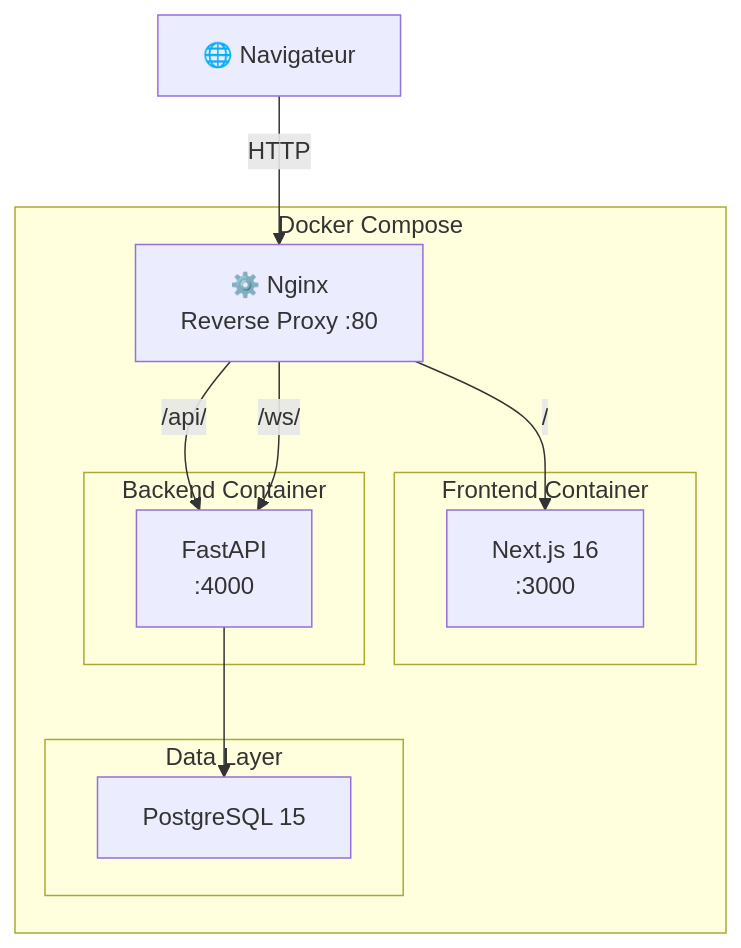
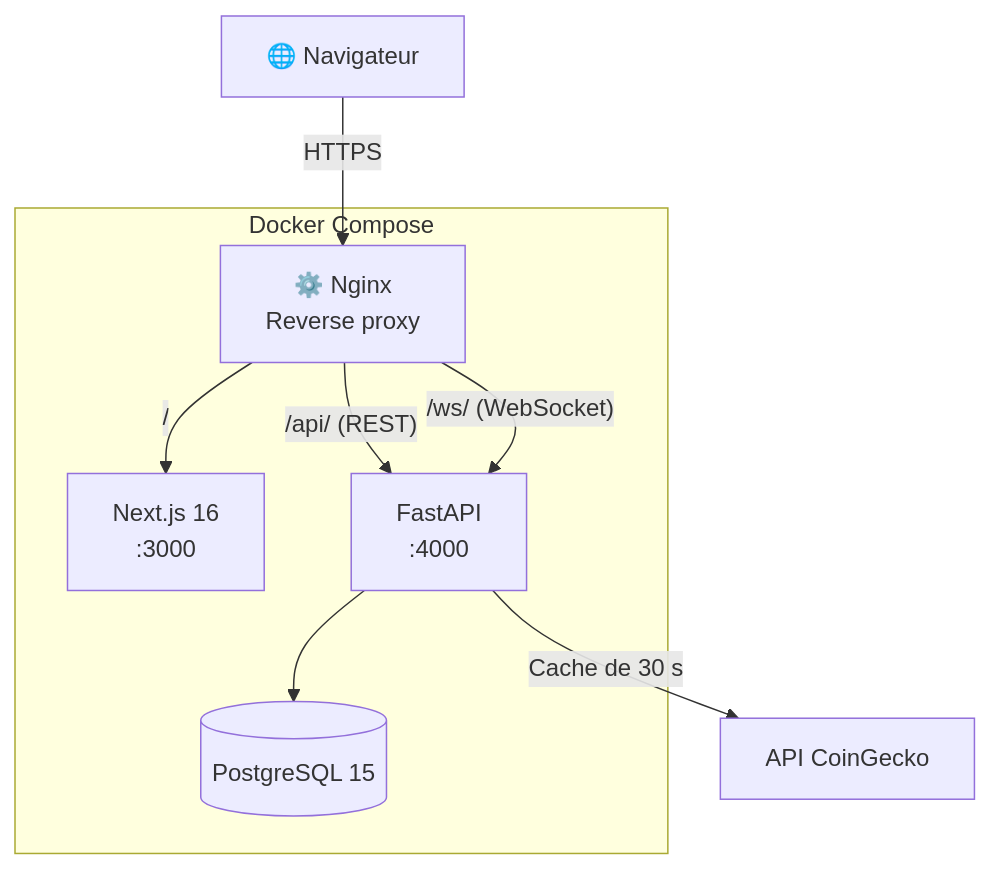
One commit to Abdel1117/Crypto_News changed the diagram in README.md. Above: the diagram before and after it, drawn with Mermaid. The commit also changed other lines of this file, not shown here.

````diff
--- a/README.md
+++ b/README.md
@@ -45,26 +63,19 @@
 ```mermaid
 graph TB
     Browser["🌐 Navigateur"]
+    CoinGecko["API CoinGecko"]
 
     subgraph Docker["Docker Compose"]
-        Nginx["⚙️ Nginx\nReverse Proxy :80"]
-
-        subgraph Frontend["Frontend Container"]
-            Next["Next.js 16\n:3000"]
-        end
-
-        subgraph Backend["Backend Container"]
-            FastAPI["FastAPI\n:4000"]
-        end
-
-        subgraph Data["Data Layer"]
-            PG["PostgreSQL 15"]
-        end
+        Nginx["⚙️ Nginx<br/>Reverse proxy"]
+        Next["Next.js 16<br/>:3000"]
+        FastAPI["FastAPI<br/>:4000"]
+        PG[("PostgreSQL 15")]
     end
 
-    Browser -->|HTTP| Nginx
+    Browser -->|"HTTPS"| Nginx
     Nginx -->|"/"| Next
-    Nginx -->|"/api/"| FastAPI
-    Nginx -->|"/ws/"| FastAPI
+    Nginx -->|"/api/ (REST)"| FastAPI
+    Nginx -->|"/ws/ (WebSocket)"| FastAPI
     FastAPI --> PG
+    FastAPI -->|"Cache de 30 s"| CoinGecko
 ```
````
